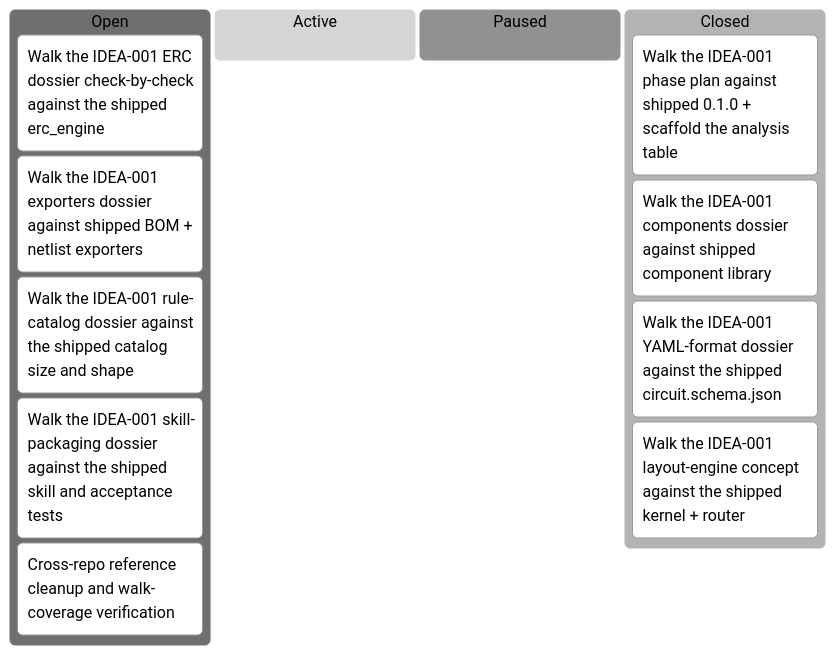
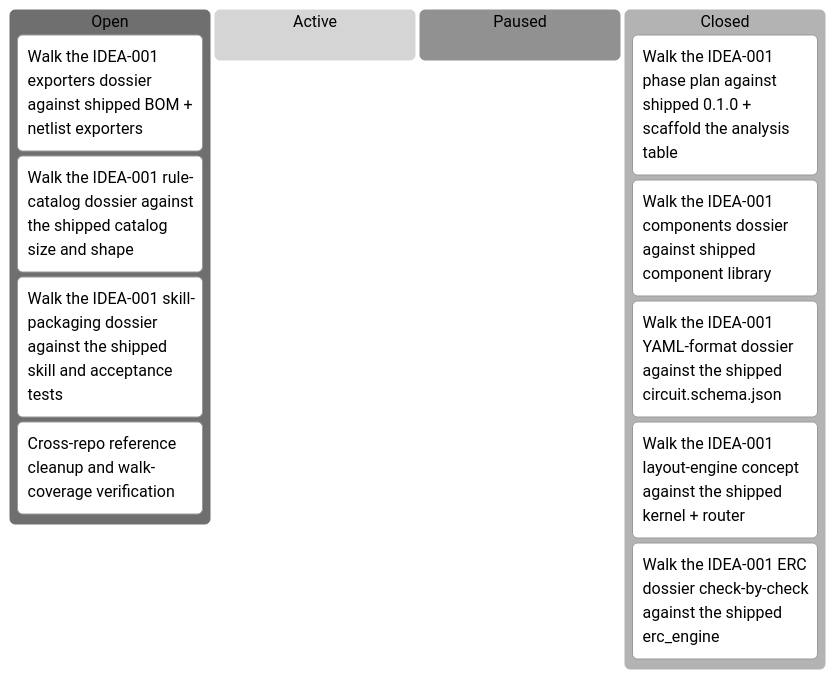
One commit to tgd1975/CircuitSmith changed the second of 3 diagrams in docs/developers/tasks/KANBAN.md. Above: the diagram before and after it, drawn with Mermaid (neutral theme). The commit also changed other lines of this file and 4 other files, not shown here.

First line of the commit message:
close TASK-138: walk IDEA-001 ERC dossier check-by-check vs shipped erc_engine

````diff
--- a/docs/developers/tasks/KANBAN.md
+++ b/docs/developers/tasks/KANBAN.md
@@ -33,16 +33,16 @@
 ```mermaid
 kanban
   Open
-    TASK_138["Walk the IDEA-001 ERC dossier check-by-check against the shipped erc_engine"]
     TASK_139["Walk the IDEA-001 exporters dossier against shipped BOM + netlist exporters"]
     TASK_140["Walk the IDEA-001 rule-catalog dossier against the shipped catalog size and shape"]
     TASK_141["Walk the IDEA-001 skill-packaging dossier against the shipped skill and acceptance tests"]
     TASK_142["Cross-repo reference cleanup and walk-coverage verification"]
   Active
   Paused
   Closed
     TASK_134["Walk the IDEA-001 phase plan against shipped 0.1.0 + scaffold the analysis table"]
     TASK_135["Walk the IDEA-001 components dossier against shipped component library"]
     TASK_136["Walk the IDEA-001 YAML-format dossier against the shipped circuit.schema.json"]
     TASK_137["Walk the IDEA-001 layout-engine concept against the shipped kernel + router"]
+    TASK_138["Walk the IDEA-001 ERC dossier check-by-check against the shipped erc_engine"]
 ```
````
